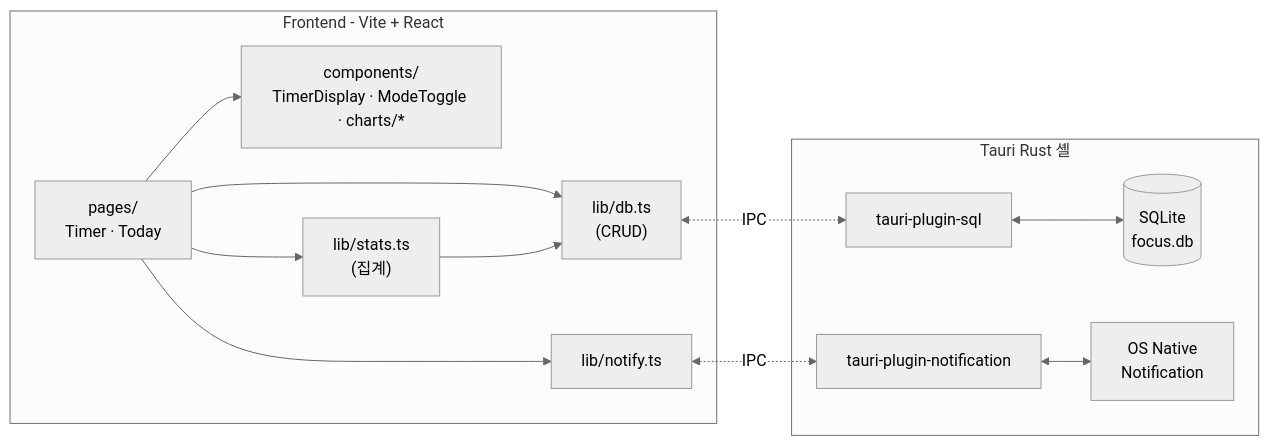
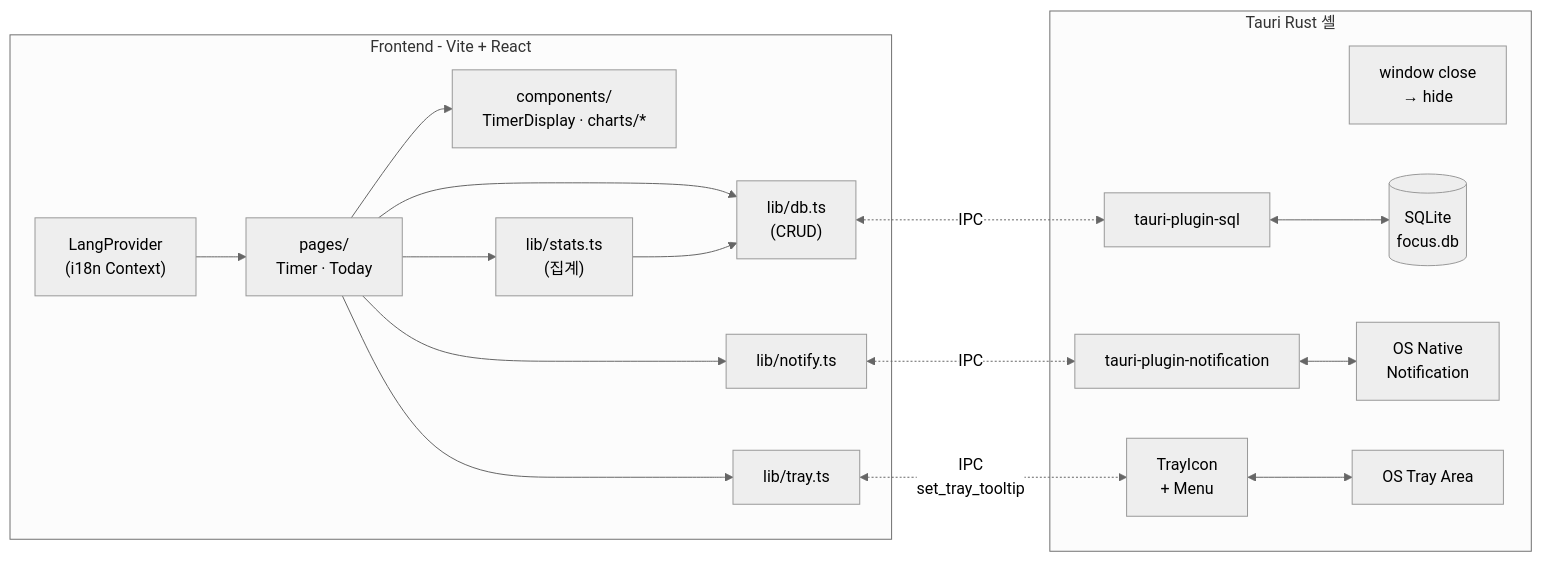
One commit to ladybird17/focus-timer changed the diagram in README.md. Above: the diagram before and after it, drawn with Mermaid (neutral theme). The commit also changed other lines of this file and 4 other files, not shown here.

````diff
--- a/README.md
+++ b/README.md
@@ -48,27 +62,36 @@
 ```mermaid
 flowchart LR
   subgraph Frontend["Frontend - Vite + React"]
+    LangP["LangProvider<br/>(i18n Context)"]
     Pages["pages/<br/>Timer · Today"]
-    Components["components/<br/>TimerDisplay · ModeToggle · charts/*"]
+    Components["components/<br/>TimerDisplay · charts/*"]
     DB["lib/db.ts<br/>(CRUD)"]
     Stats["lib/stats.ts<br/>(집계)"]
     Notify["lib/notify.ts"]
+    Tray["lib/tray.ts"]
+    LangP --> Pages
     Pages --> Components
     Pages --> DB
     Pages --> Stats
     Stats --> DB
     Pages --> Notify
+    Pages --> Tray
   end
 
   subgraph Backend["Tauri Rust 셸"]
     SQL["tauri-plugin-sql"]
     NotificationP["tauri-plugin-notification"]
+    TrayIcon["TrayIcon<br/>+ Menu"]
+    WinEv["window close<br/>→ hide"]
     Sqlite[("SQLite<br/>focus.db")]
-    OS["OS Native<br/>Notification"]
+    OSNotif["OS Native<br/>Notification"]
+    OSTray["OS Tray Area"]
     SQL <--> Sqlite
-    NotificationP <--> OS
+    NotificationP <--> OSNotif
+    TrayIcon <--> OSTray
   end
 
   DB <-.IPC.-> SQL
   Notify <-.IPC.-> NotificationP
+  Tray <-.IPC<br/>set_tray_tooltip.-> TrayIcon
 ```
````
